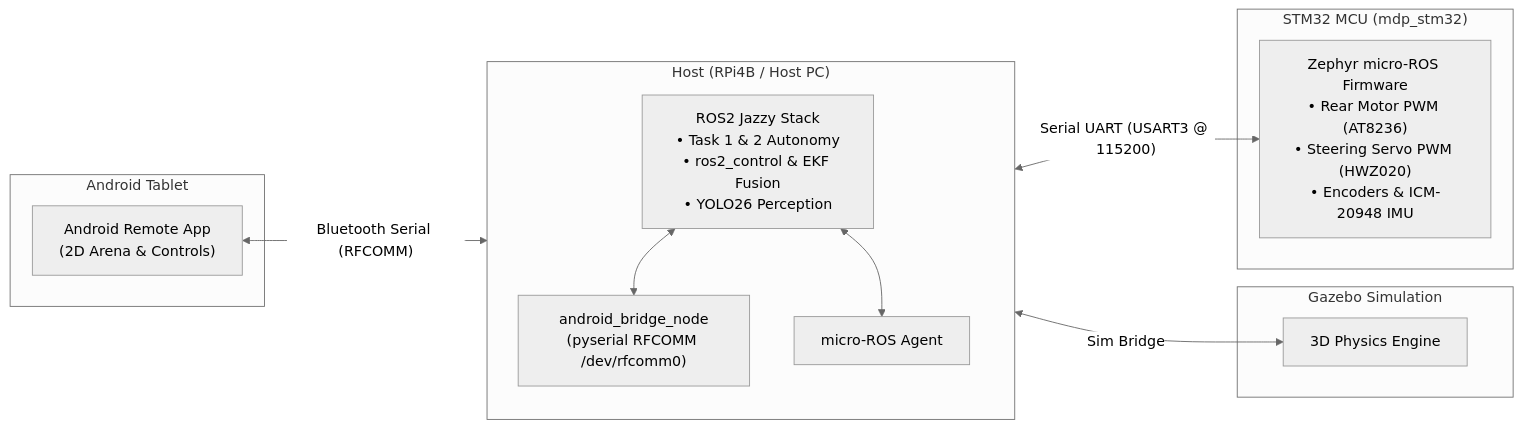
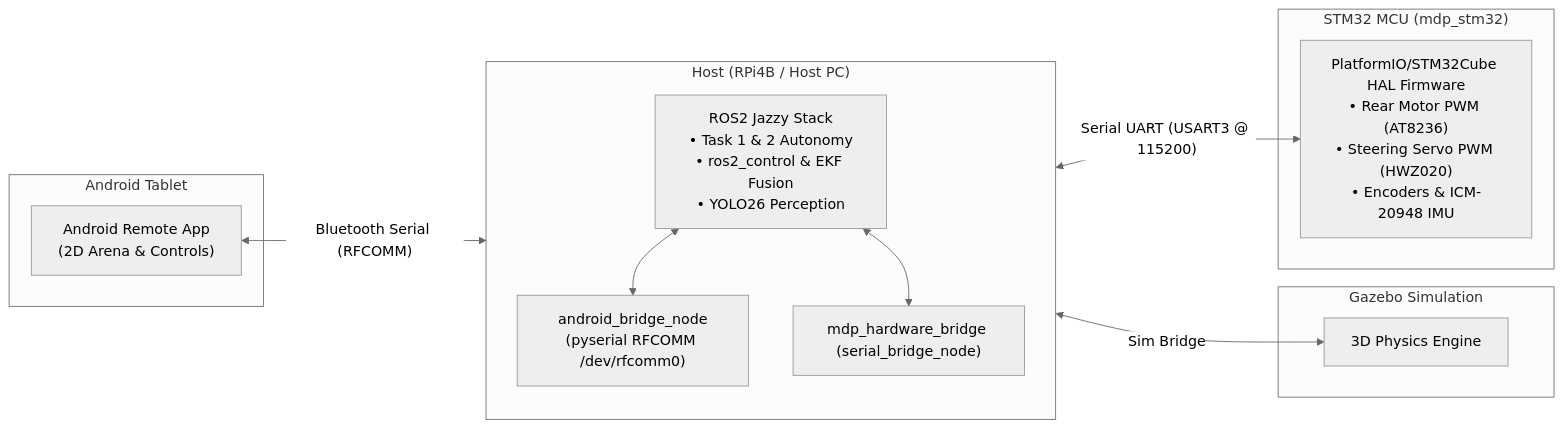
One commit to Alvin0523/mdp changed the diagram in docs/index.md. Above: the diagram before and after it, drawn with Mermaid (neutral theme). The commit also changed other lines of this file and 8 other files, not shown here.

Commit message:
Docs: PlatformIO / STM32Cube HAL firmware, USART3 protocol and mdp_hardware_bridge, post-flash checklist, PE0 self-test; bump submodules

````diff
--- a/docs/index.md
+++ b/docs/index.md
@@ -32,27 +32,27 @@
 ```mermaid
 graph LR
   subgraph ANDROID["Android Tablet"]
     APP["Android Remote App<br/>(2D Arena & Controls)"]
   end
 
   subgraph HOST["Host (RPi4B / Host PC)"]
     direction TB
     ROBOTICS["ROS2 Jazzy Stack<br/>• Task 1 & 2 Autonomy<br/>• ros2_control & EKF Fusion<br/>• YOLO26 Perception"]
     BRIDGE["android_bridge_node<br/>(pyserial RFCOMM /dev/rfcomm0)"]
-    AGENT["micro-ROS Agent"]
+    AGENT["mdp_hardware_bridge (serial_bridge_node)"]
     ROBOTICS <--> BRIDGE
     ROBOTICS <--> AGENT
   end
 
   subgraph SIM["Gazebo Simulation"]
     GZ["3D Physics Engine"]
   end
 
   subgraph MCU["STM32 MCU (mdp_stm32)"]
-    FIRMWARE["Zephyr micro-ROS Firmware<br/>• Rear Motor PWM (AT8236)<br/>• Steering Servo PWM (HWZ020)<br/>• Encoders & ICM-20948 IMU"]
+    FIRMWARE["PlatformIO/STM32Cube HAL Firmware<br/>• Rear Motor PWM (AT8236)<br/>• Steering Servo PWM (HWZ020)<br/>• Encoders & ICM-20948 IMU"]
   end
 
   APP <-->|"Bluetooth Serial (RFCOMM)"| BRIDGE
   ROBOTICS <-->|"Sim Bridge"| GZ
   AGENT <-->|"Serial UART (USART3 @ 115200)"| FIRMWARE
 ```
````
